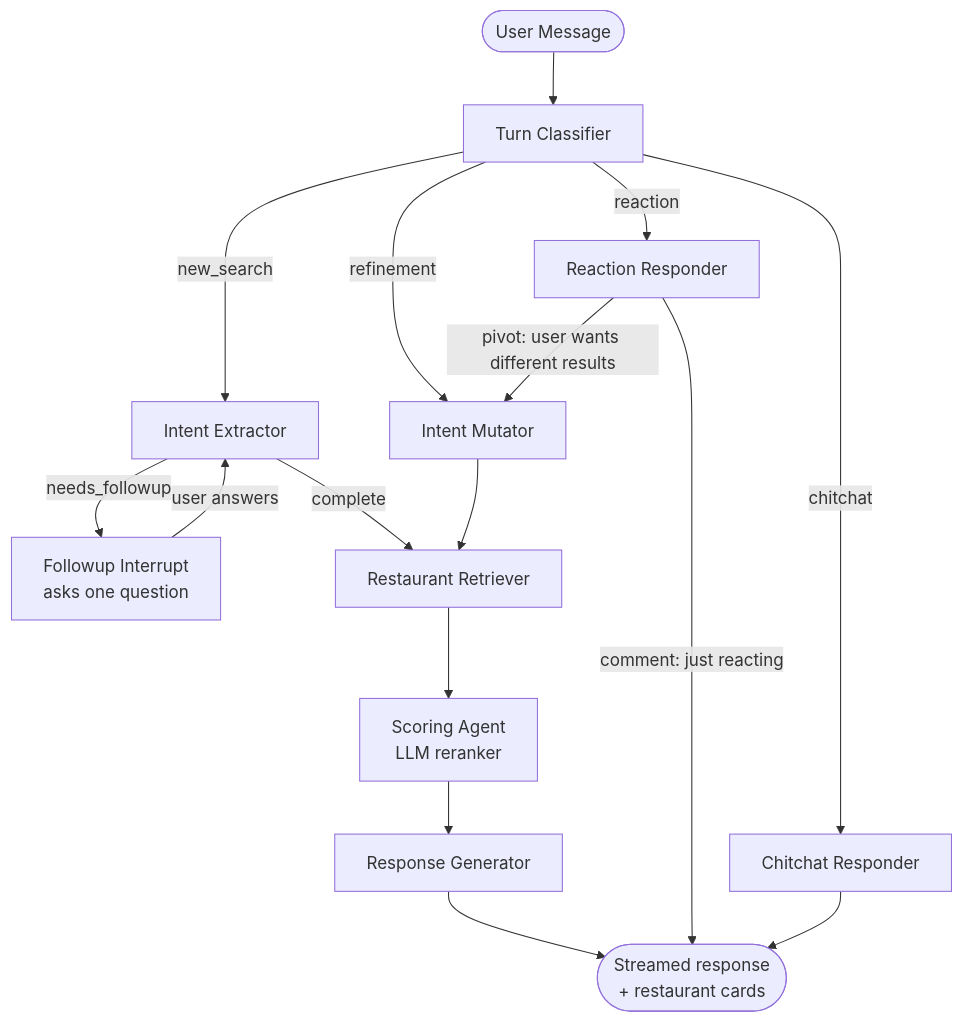
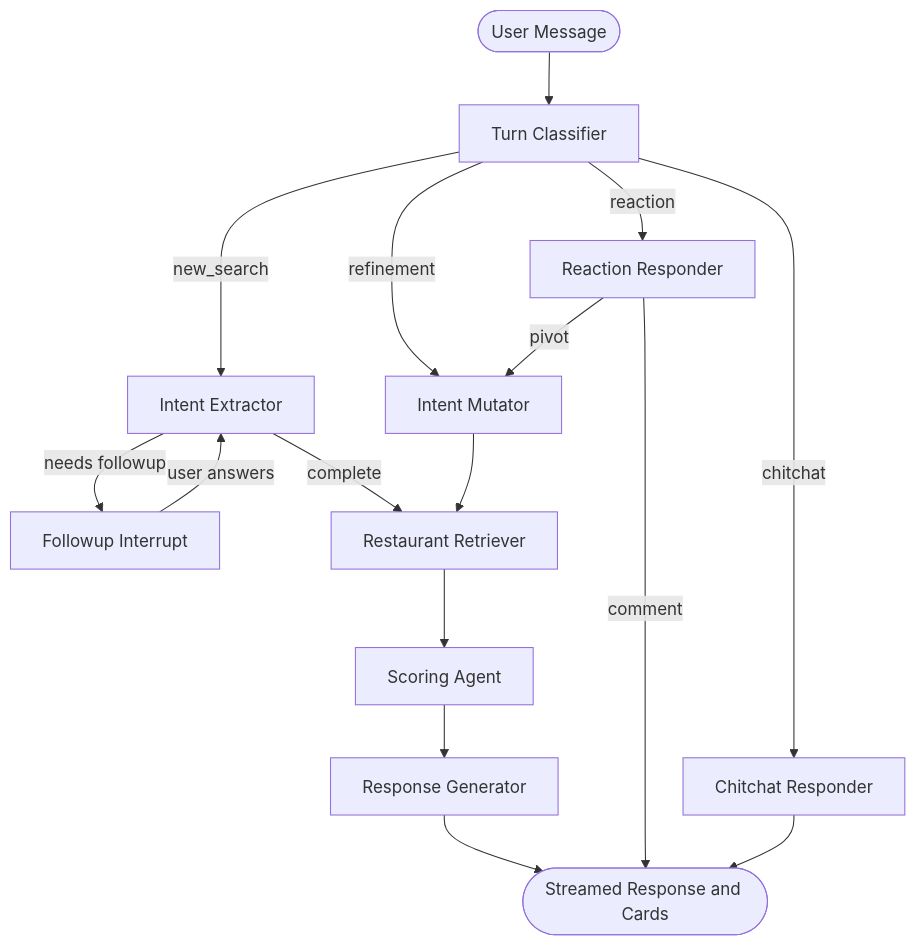
One commit to WoodyChang21/Taste-Toronto changed the first of 2 diagrams in README.md. Above: the diagram before and after it, drawn with Mermaid. The commit also changed other lines of this file, not shown here.

Commit message:
Fix Mermaid diagram syntax: remove backslash-n labels and rename END reserved keyword

````diff
--- a/README.md
+++ b/README.md
@@ -17,24 +17,24 @@
 ```mermaid
 flowchart TD
     START([User Message]) --> TC[Turn Classifier]
 
     TC -->|new_search| IE[Intent Extractor]
     TC -->|refinement| IM[Intent Mutator]
     TC -->|reaction| RR[Reaction Responder]
     TC -->|chitchat| CR[Chitchat Responder]
 
-    IE -->|needs_followup| FU[Followup Interrupt\nasks one question]
+    IE -->|needs followup| FU[Followup Interrupt]
     IE -->|complete| RET[Restaurant Retriever]
     FU -->|user answers| IE
 
     IM --> RET
 
-    RET --> SA[Scoring Agent\nLLM reranker]
+    RET --> SA[Scoring Agent]
     SA --> RG[Response Generator]
-    RG --> END([Streamed response\n+ restaurant cards])
+    RG --> DONE([Streamed Response and Cards])
 
-    RR -->|pivot: user wants different results| IM
-    RR -->|comment: just reacting| END
+    RR -->|pivot| IM
+    RR -->|comment| DONE
 
-    CR --> END
+    CR --> DONE
 ```
````
